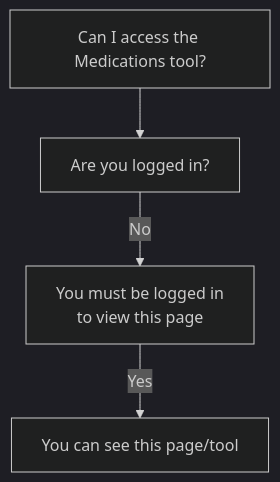
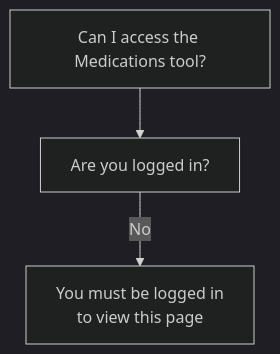
One commit to department-of-veterans-affairs/va.gov-team changed the second of 3 diagrams in products/health-care/digital-health-modernization/engineering/mhv-access-visibility-graphs.md. Above: the diagram before and after it, drawn with Mermaid (dark theme). The commit also changed other lines of this file, not shown here.

First line of the commit message:
Update mhv-access-visibility-graphs.md

````diff
--- a/products/health-care/digital-health-modernization/engineering/mhv-access-visibility-graphs.md
+++ b/products/health-care/digital-health-modernization/engineering/mhv-access-visibility-graphs.md
@@ -31,12 +40,10 @@
 ```mermaid
 graph TD
 
 Meds.Access[Can I access the Medications tool?]
 Meds.LoggedIn[Are you logged in?]
 Meds.AuthReq[You must be logged in <br>to view this page]
-Meds.Viewable[You can see this page/tool]
 
 Meds.Access --> Meds.LoggedIn
 Meds.LoggedIn -->|No| Meds.AuthReq
-Meds.AuthReq -->|Yes| Meds.Viewable
 ```
````
